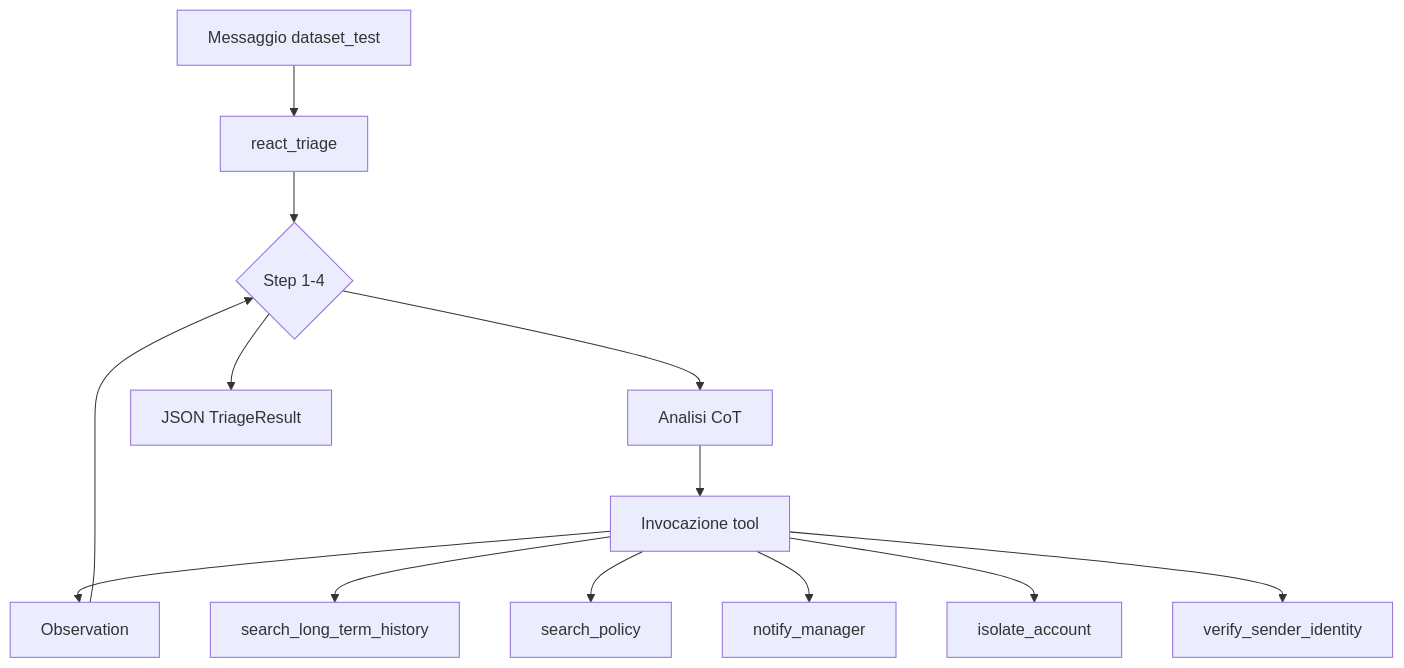
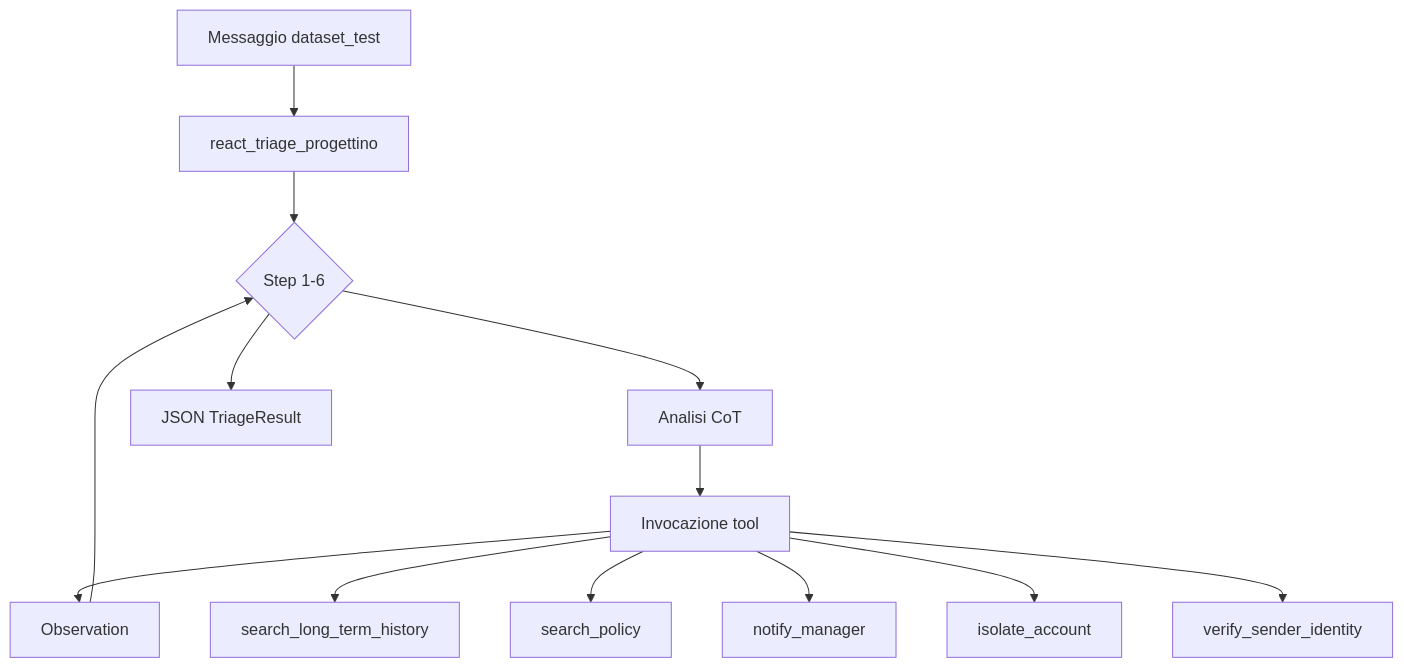
The diagram in docs/MANUALE_PROGETTINO_DATASET_TEST.md (Impesud/agentic-triage-system), drawn with Mermaid before and after one commit. The commit also changed other lines of this file and 32 other files, not shown here.

````diff
--- a/docs/MANUALE_PROGETTINO_DATASET_TEST.md
+++ b/docs/MANUALE_PROGETTINO_DATASET_TEST.md
@@ -129,15 +116,15 @@
 ```mermaid
 flowchart TB
-    UserMsg[Messaggio dataset_test] --> ReAct[react_triage]
-    ReAct --> Step1{Step 1-4}
+    UserMsg[Messaggio dataset_test] --> ReAct[react_triage_progettino]
+    ReAct --> Step1{Step 1-6}
     Step1 --> Think[Analisi CoT]
     Think --> Tools[Invocazione tool]
     Tools --> Obs[Observation]
     Obs --> Step1
     Step1 --> FinalJSON[JSON TriageResult]
     Tools --> LTM[search_long_term_history]
     Tools --> RAG[search_policy]
     Tools --> NM[notify_manager]
     Tools --> ISO[isolate_account]
     Tools --> VER[verify_sender_identity]
 ```
````
